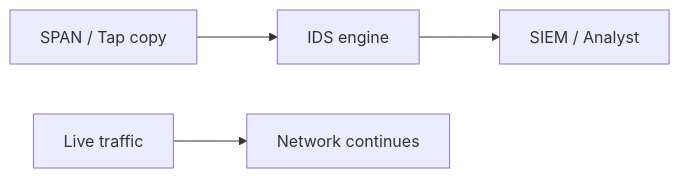
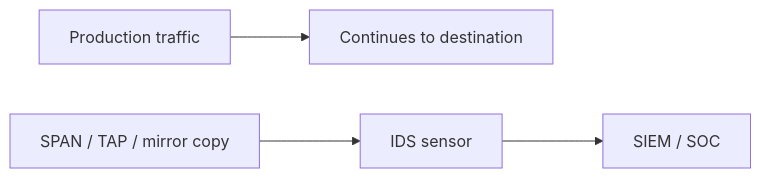
One commit to omnayak27199/pktana changed the fifth of 12 diagrams in learning/13-dlp-idps.md. Above: the diagram before and after it, drawn with Mermaid. The commit also changed other lines of this file and 14 other files, not shown here.

````diff
--- a/learning/13-dlp-idps.md
+++ b/learning/13-dlp-idps.md
@@ -64,6 +148,6 @@
 ```mermaid
 flowchart LR
-  Span[SPAN / Tap copy] --> Sensor[IDS engine]
-  Sensor --> SIEM[SIEM / Analyst]
-  Live[Live traffic] --> Net[Network continues]
+  Live[Production traffic] --> Net[Continues to destination]
+  Tap[SPAN / TAP / mirror copy] --> IDS[IDS sensor]
+  IDS --> SIEM[SIEM / SOC]
 ```
````
